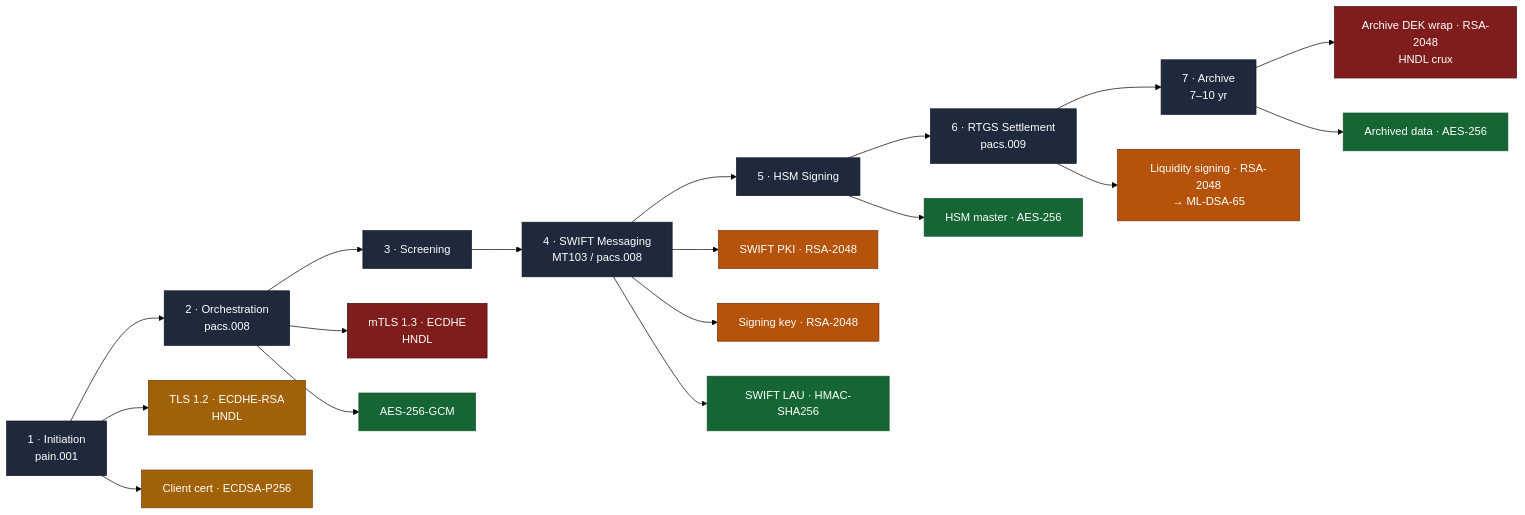
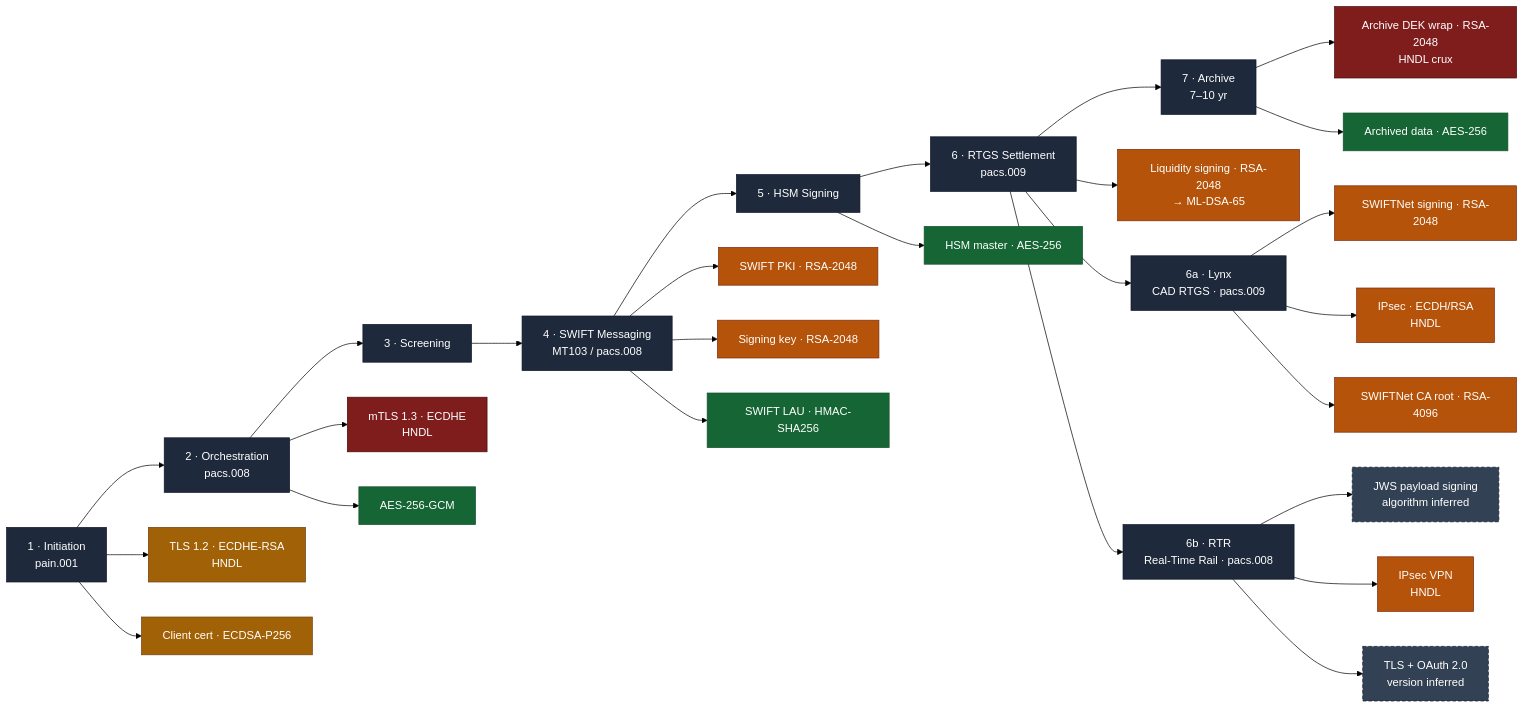
The diagram in README.md (matifshoaib/swift-iso20022-cbom), drawn with Mermaid (forest theme) before and after one commit. The commit also changed other lines of this file and 7 other files, not shown here.

Commit message:
Add Lynx + RTR Canadian settlement endpoints with confidence labeling

````diff
--- a/README.md
+++ b/README.md
@@ -47,22 +56,32 @@
 ```mermaid
 graph LR
     classDef p1 fill:#7f1d1d,stroke:#450a0a,color:#fff;
     classDef p2 fill:#b45309,stroke:#7c2d12,color:#fff;
     classDef p3 fill:#a16207,stroke:#713f12,color:#fff;
     classDef p4 fill:#166534,stroke:#14532d,color:#fff;
     classDef stage fill:#1e293b,stroke:#0f172a,color:#fff;
+    classDef inferred fill:#334155,stroke:#0f172a,color:#fff,stroke-dasharray: 5 3;
 
     S1["1 · Initiation<br/>pain.001"]:::stage --> S2["2 · Orchestration<br/>pacs.008"]:::stage --> S3["3 · Screening"]:::stage --> S4["4 · SWIFT Messaging<br/>MT103 / pacs.008"]:::stage --> S5["5 · HSM Signing"]:::stage --> S6["6 · RTGS Settlement<br/>pacs.009"]:::stage --> S7["7 · Archive<br/>7–10 yr"]:::stage
 
     S1 --> A1["TLS 1.2 · ECDHE-RSA<br/>HNDL"]:::p3
     S1 --> A2["Client cert · ECDSA-P256"]:::p3
     S2 --> B1["mTLS 1.3 · ECDHE<br/>HNDL"]:::p1
     S2 --> B2["AES-256-GCM"]:::p4
     S4 --> C1["SWIFT PKI · RSA-2048"]:::p2
     S4 --> C2["Signing key · RSA-2048"]:::p2
     S4 --> C3["SWIFT LAU · HMAC-SHA256"]:::p4
     S5 --> D1["HSM master · AES-256"]:::p4
     S6 --> E1["Liquidity signing · RSA-2048<br/>→ ML-DSA-65"]:::p2
     S7 --> F1["Archive DEK wrap · RSA-2048<br/>HNDL crux"]:::p1
     S7 --> F2["Archived data · AES-256"]:::p4
+
+    S6 --> LYNX["6a · Lynx<br/>CAD RTGS · pacs.009"]:::stage
+    S6 --> RTR["6b · RTR<br/>Real-Time Rail · pacs.008"]:::stage
+    LYNX --> L1["SWIFTNet signing · RSA-2048"]:::p2
+    LYNX --> L2["IPsec · ECDH/RSA<br/>HNDL"]:::p2
+    LYNX --> L3["SWIFTNet CA root · RSA-4096"]:::p2
+    RTR --> R1["JWS payload signing<br/>algorithm inferred"]:::inferred
+    RTR --> R2["IPsec VPN<br/>HNDL"]:::p2
+    RTR --> R3["TLS + OAuth 2.0<br/>version inferred"]:::inferred
 ```
````
